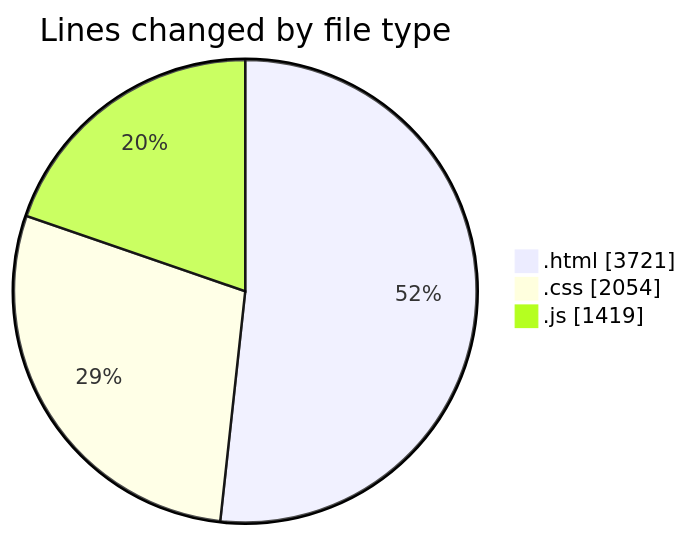
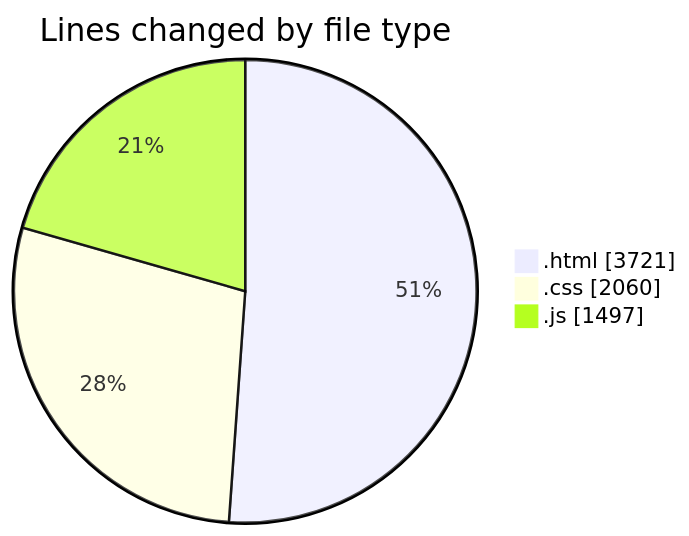
One commit to Ritupan-Deka/code-tracking changed the first of 2 diagrams in 2025-05-24/projects/README.md. Above: the diagram before and after it, drawn with Mermaid. The commit also changed other lines of this file and 1 other file, not shown here.

````diff
--- a/2025-05-24/projects/README.md
+++ b/2025-05-24/projects/README.md
@@ -23,7 +23,7 @@
 ```mermaid
 pie showData
 title Lines changed by file type
 ".html" : 3721
-".css" : 2054
-".js" : 1419
+".css" : 2060
+".js" : 1497
 ```
````
